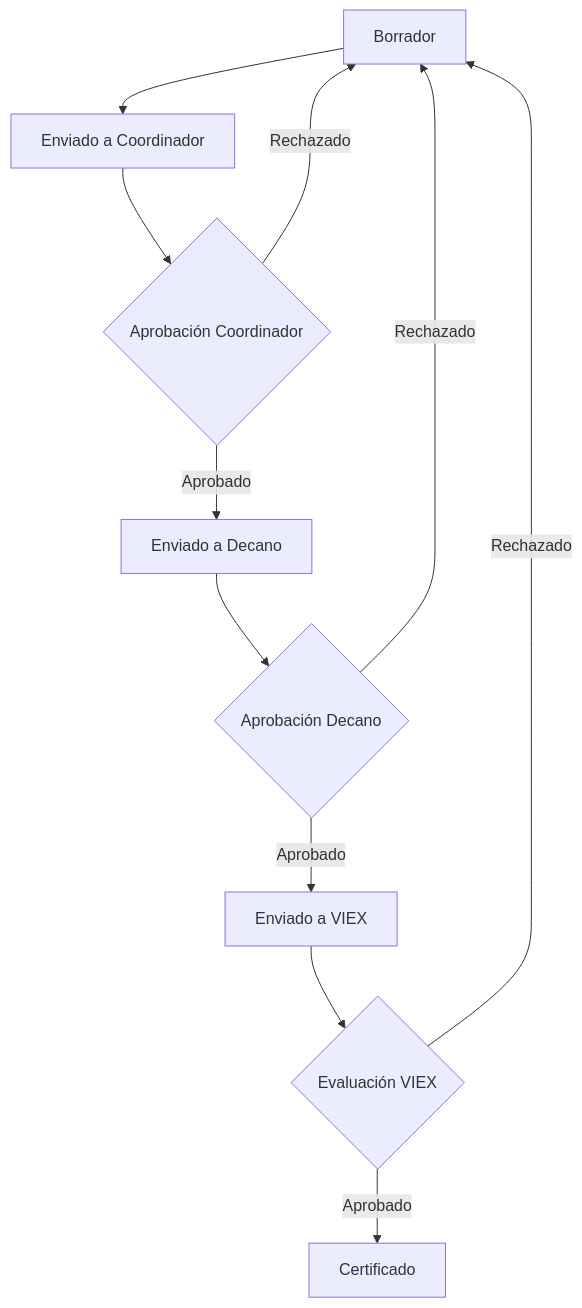
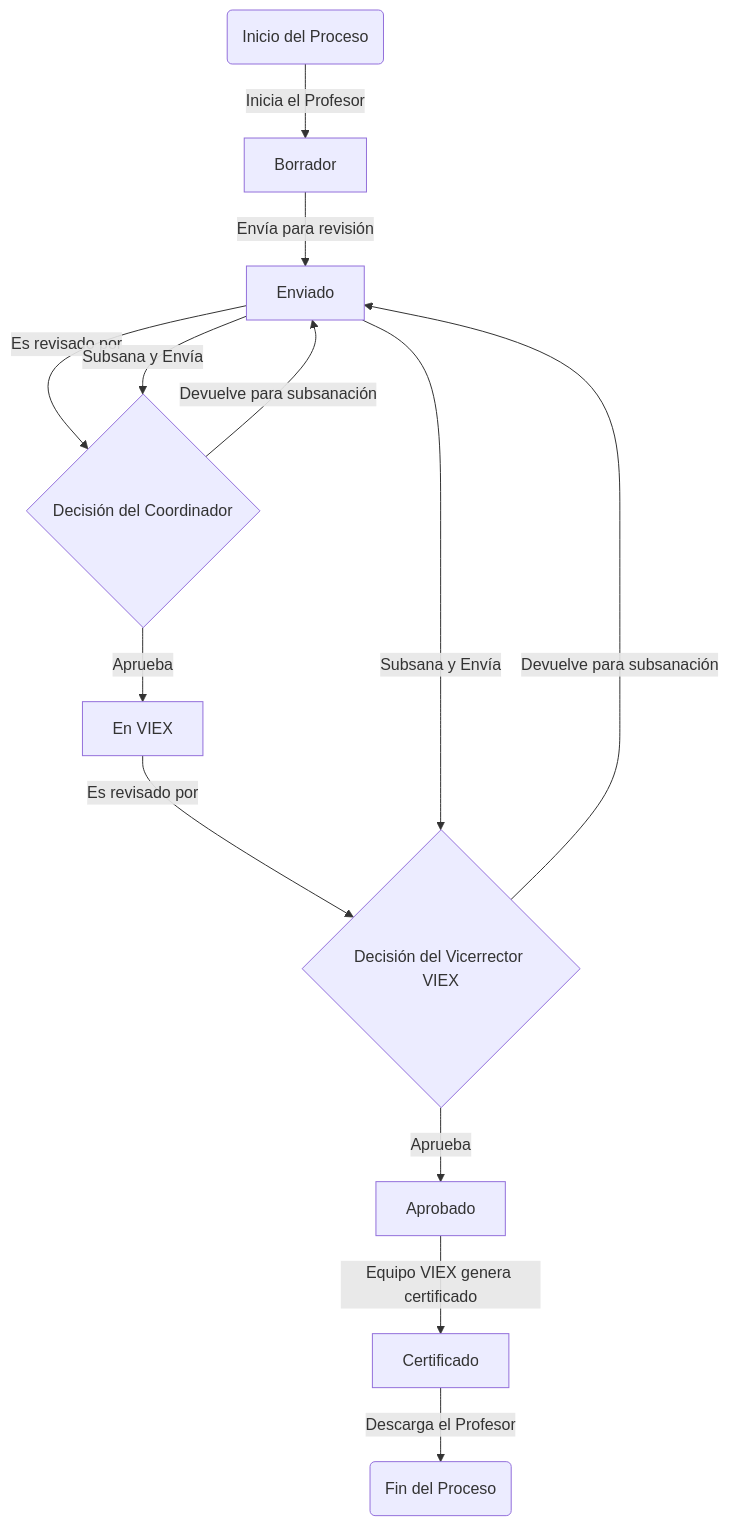
Before and after one commit to nandocdev/prcte-up: the diagram in README.md, drawn with Mermaid.

Commit message:
refactor: mejorar el flujo de trabajo en la documentación con un diagrama más claro y detallado

````diff
--- a/README.md
+++ b/README.md
@@ -123,13 +123,37 @@
 ```mermaid
 flowchart TD
-    A[Borrador] --> B[Enviado a Coordinador]
-    B --> C{Aprobación Coordinador}
-    C -->|Aprobado| D[Enviado a Decano]
-    C -->|Rechazado| A
-    D --> E{Aprobación Decano}
-    E -->|Aprobado| F[Enviado a VIEX]
-    E -->|Rechazado| A
-    F --> G{Evaluación VIEX}
-    G -->|Aprobado| H[Certificado]
-    G -->|Rechazado| A
+    %% --- Definición de Nodos del Flujo ---
+    Start(Inicio del Proceso)
+    A[Borrador]
+    B[Enviado]
+    C{Decisión del Coordinador}
+    D[En VIEX]
+    E{Decisión del Vicerrector VIEX}
+    F[Aprobado]
+    G[Certificado]
+    End(Fin del Proceso)
+
+    %% --- Asignación de Estilos a los Nodos ---
+    class Start,End startEnd
+    class A,B,D,F,G state
+    class C,E decision
+    class G final
+
+    %% --- Definición de Transiciones (Flujo de Procesos) ---
+    Start -- Inicia el Profesor --> A
+    A -- Envía para revisión --> B
+    B -- Es revisado por --> C
+
+    C -- Aprueba --> D
+    D -- Es revisado por --> E
+
+    C -- Devuelve para subsanación --> B
+    B -- Subsana y Envía --> C
+
+    E -- Devuelve para subsanación --> B
+    B -- Subsana y Envía --> E
+
+    E -- Aprueba --> F
+    F -- Equipo VIEX genera certificado --> G
+    G -- Descarga el Profesor --> End
 ```
````
